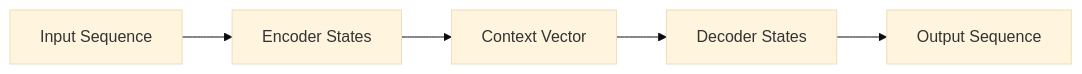
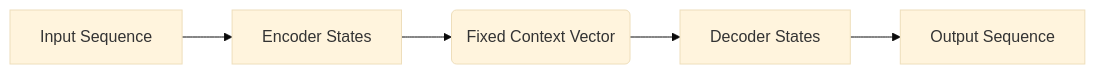
Before and after one commit to ShadowMonarchX/ai-ml-internship: the first of 2 diagrams in Week - 5/Theory/Transformers/Seq2Seq_Model.md, drawn with Mermaid (base theme). The commit also changed other lines of this file, not shown here.

````diff
--- a/Week - 5/Theory/Transformers/Seq2Seq_Model.md
+++ b/Week - 5/Theory/Transformers/Seq2Seq_Model.md
@@ -241,8 +94,8 @@
 ```mermaid
 flowchart LR
-    X[Input Sequence]
-    X --> E[Encoder States]
-    E --> C[Context Vector]
+    X[Input Sequence] --> E[Encoder States]
+    E --> C(Fixed Context Vector)
     C --> D[Decoder States]
     D --> Y[Output Sequence]
+
 ```
````
